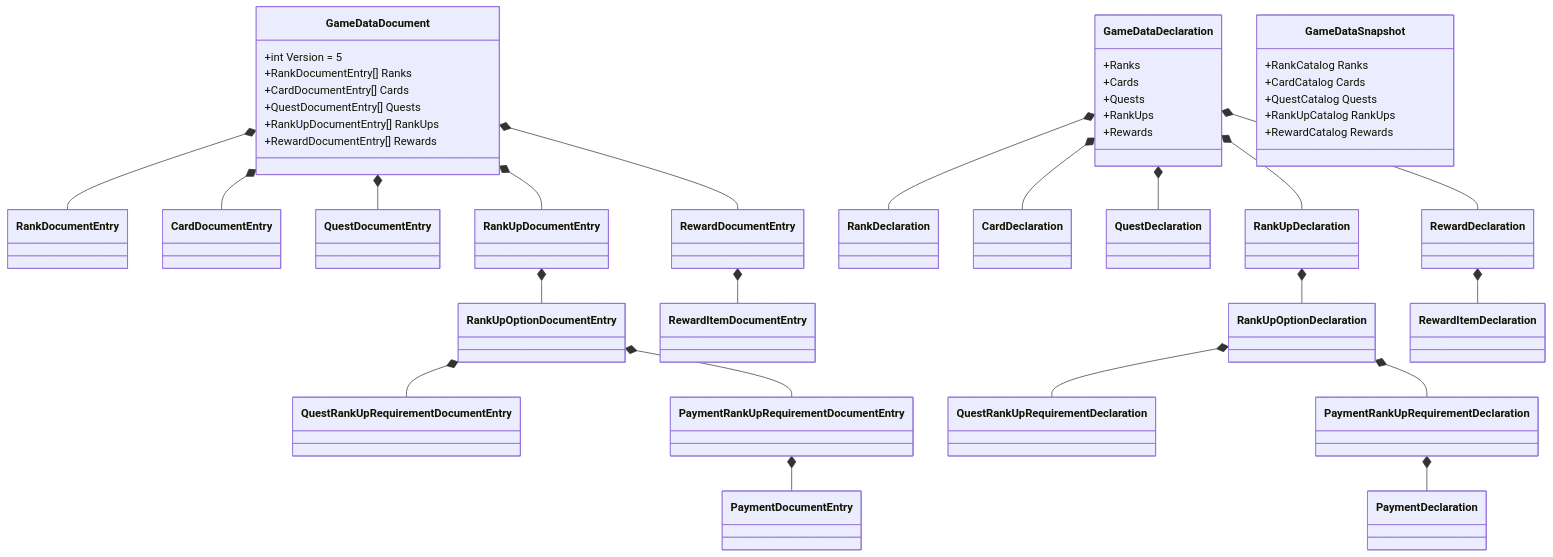
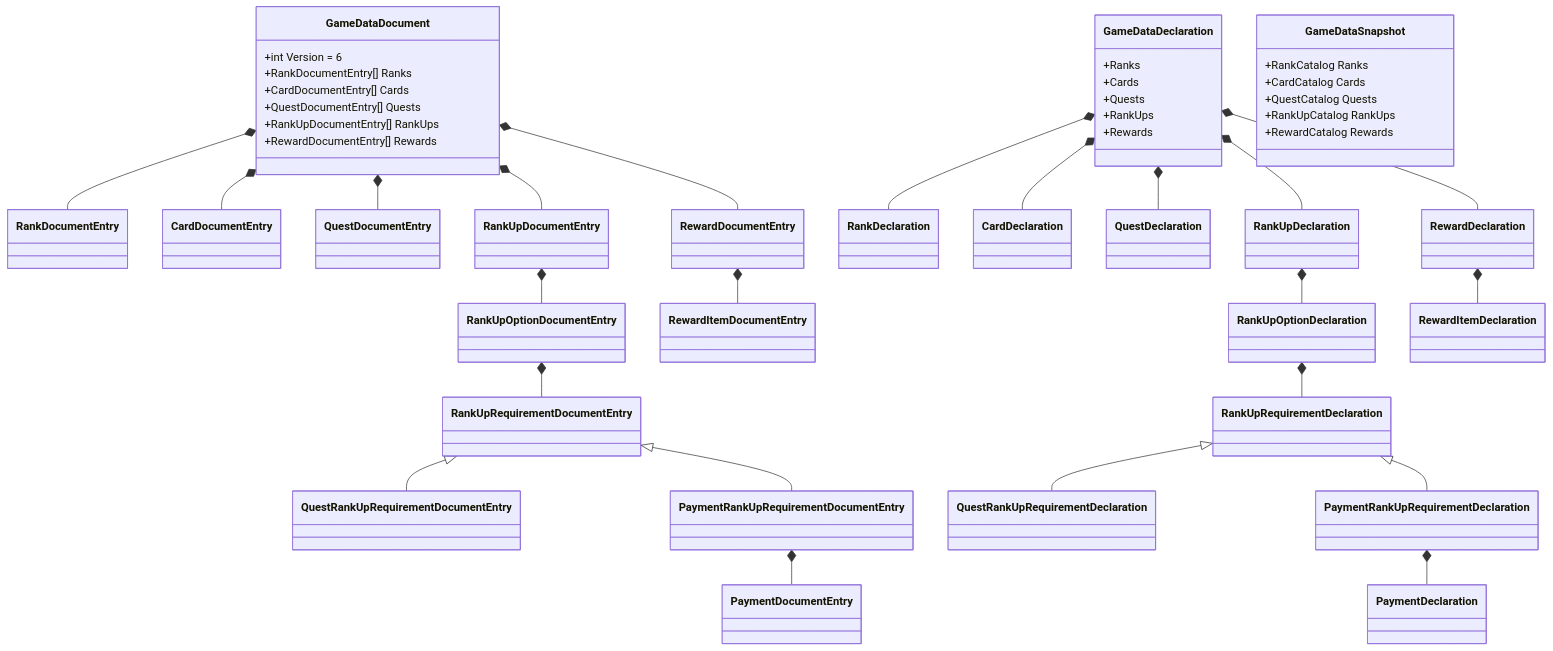
One commit to SmailikMailik/ll-test changed the second of 3 diagrams in Documentation/Architecture/Game-And-User-Data.md. Above: the diagram before and after it, drawn with Mermaid. The commit also changed other lines of this file and 34 other files, not shown here.

````diff
--- a/Documentation/Architecture/Game-And-User-Data.md
+++ b/Documentation/Architecture/Game-And-User-Data.md
@@ -154,47 +159,49 @@
 ```mermaid
 classDiagram
     class GameDataDocument {
-        +int Version = 5
+        +int Version = 6
         +RankDocumentEntry[] Ranks
         +CardDocumentEntry[] Cards
         +QuestDocumentEntry[] Quests
         +RankUpDocumentEntry[] RankUps
         +RewardDocumentEntry[] Rewards
     }
     class GameDataDeclaration {
         +Ranks
         +Cards
         +Quests
         +RankUps
         +Rewards
     }
     class GameDataSnapshot {
         +RankCatalog Ranks
         +CardCatalog Cards
         +QuestCatalog Quests
         +RankUpCatalog RankUps
         +RewardCatalog Rewards
     }
 
     GameDataDocument *-- RankDocumentEntry
     GameDataDocument *-- CardDocumentEntry
     GameDataDocument *-- QuestDocumentEntry
     GameDataDocument *-- RankUpDocumentEntry
     GameDataDocument *-- RewardDocumentEntry
     RankUpDocumentEntry *-- RankUpOptionDocumentEntry
-    RankUpOptionDocumentEntry *-- QuestRankUpRequirementDocumentEntry
-    RankUpOptionDocumentEntry *-- PaymentRankUpRequirementDocumentEntry
+    RankUpOptionDocumentEntry *-- RankUpRequirementDocumentEntry
+    RankUpRequirementDocumentEntry <|-- QuestRankUpRequirementDocumentEntry
+    RankUpRequirementDocumentEntry <|-- PaymentRankUpRequirementDocumentEntry
     PaymentRankUpRequirementDocumentEntry *-- PaymentDocumentEntry
     RewardDocumentEntry *-- RewardItemDocumentEntry
 
     GameDataDeclaration *-- RankDeclaration
     GameDataDeclaration *-- CardDeclaration
     GameDataDeclaration *-- QuestDeclaration
     GameDataDeclaration *-- RankUpDeclaration
     GameDataDeclaration *-- RewardDeclaration
     RankUpDeclaration *-- RankUpOptionDeclaration
-    RankUpOptionDeclaration *-- QuestRankUpRequirementDeclaration
-    RankUpOptionDeclaration *-- PaymentRankUpRequirementDeclaration
+    RankUpOptionDeclaration *-- RankUpRequirementDeclaration
+    RankUpRequirementDeclaration <|-- QuestRankUpRequirementDeclaration
+    RankUpRequirementDeclaration <|-- PaymentRankUpRequirementDeclaration
     PaymentRankUpRequirementDeclaration *-- PaymentDeclaration
     RewardDeclaration *-- RewardItemDeclaration
 ```
````
